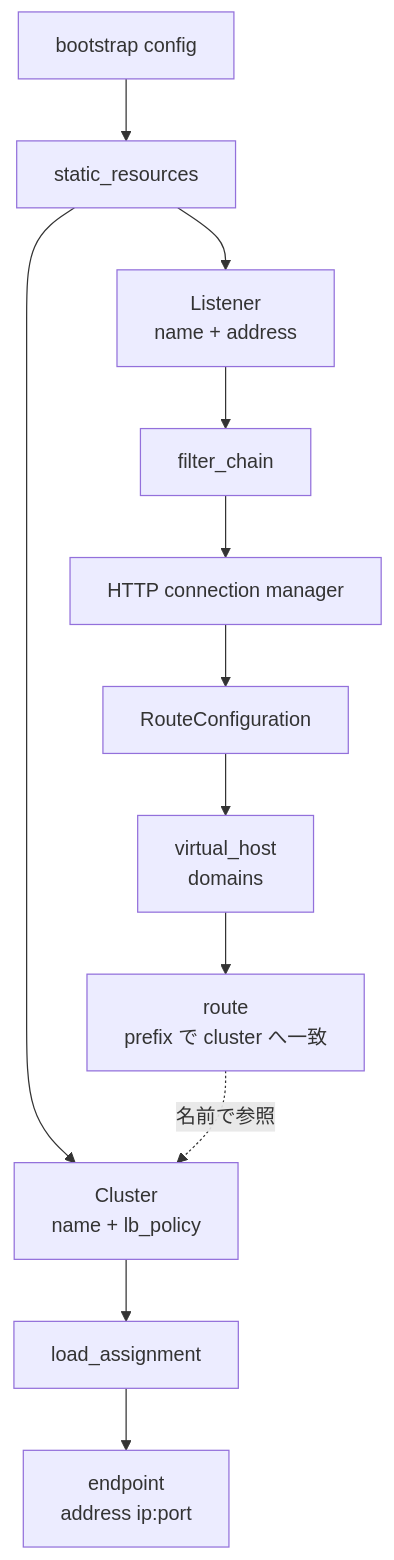
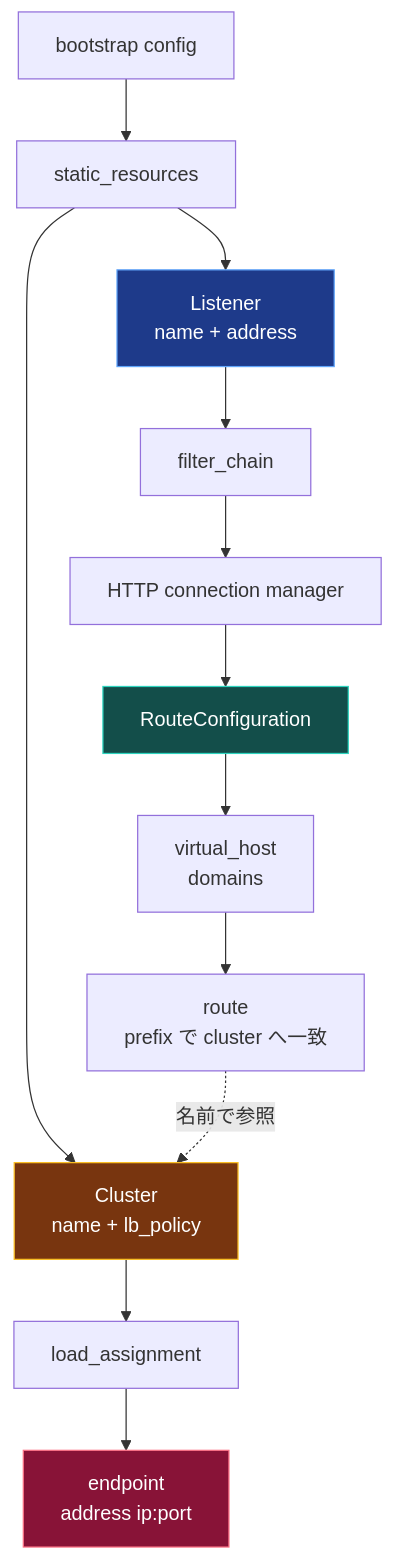
One commit to 0-draft/envoy-xds-deep-dive changed the diagram in docs/01-envoy-config-model/README.ja.md. Above: the diagram before and after it, drawn with Mermaid. The commit also changed 27 other files, not shown here.

First line of the commit message:
docs: semantic color, distinct shapes, and a11y metadata for all mermaid diagrams

````diff
--- a/docs/01-envoy-config-model/README.ja.md
+++ b/docs/01-envoy-config-model/README.ja.md
@@ -14,14 +14,24 @@
 ```mermaid
 flowchart TD
+    accTitle: 静的 Envoy 設定のオブジェクト木
+    accDescr: bootstrap config は static_resources を持ち、その中に Listener と Cluster がある。Listener は filter chain, HTTP connection manager, RouteConfiguration, virtual_host, route を入れ子に持つ。route は Cluster を名前で参照する。Cluster は endpoint を含む load_assignment を持つ。
     boot[bootstrap config] --> sr[static_resources]
     sr --> lst[Listener<br/>name + address]
     sr --> cl[Cluster<br/>name + lb_policy]
     lst --> fc[filter_chain]
     fc --> hcm[HTTP connection manager]
     hcm --> rc[RouteConfiguration]
     rc --> vh[virtual_host<br/>domains]
     vh --> rt[route<br/>prefix で cluster へ一致]
     rt -. 名前で参照 .-> cl
     cl --> la[load_assignment]
     la --> ep[endpoint<br/>address ip:port]
+    class lst lds
+    class rc rds
+    class cl cds
+    class ep eds
+    classDef lds fill:#1e3a8a,stroke:#60a5fa,color:#fff
+    classDef rds fill:#134e4a,stroke:#2dd4bf,color:#fff
+    classDef cds fill:#78350f,stroke:#fbbf24,color:#fff
+    classDef eds fill:#881337,stroke:#fb7185,color:#fff
 ```
````
